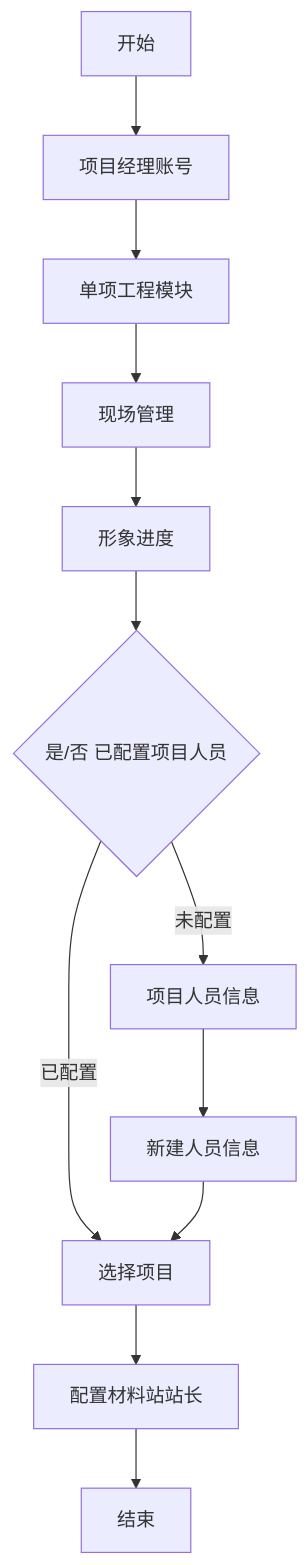
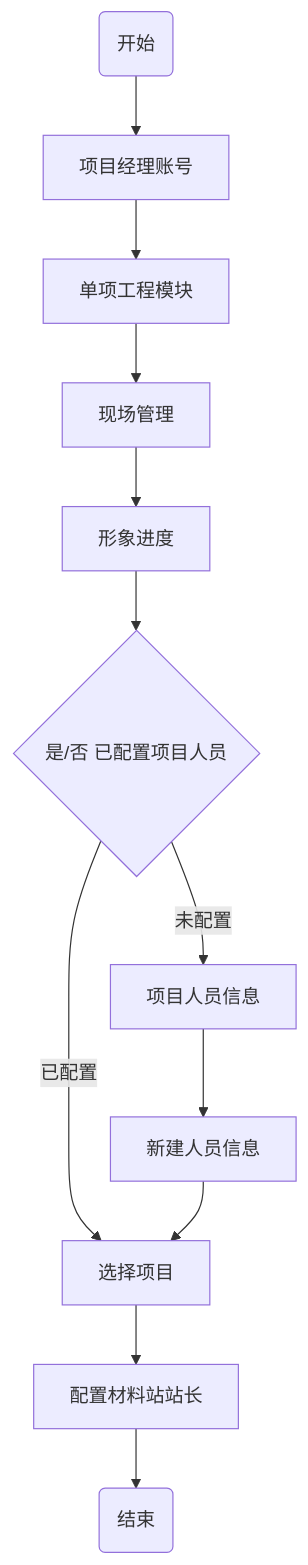
One commit to glaze-blue/zett-single-project changed the first of 8 diagrams in asset/单项工程现场装备全流程管理流程图.md. Above: the diagram before and after it, drawn with Mermaid. The commit also changed other lines of this file, not shown here.

````diff
--- a/asset/单项工程现场装备全流程管理流程图.md
+++ b/asset/单项工程现场装备全流程管理流程图.md
@@ -23,14 +23,15 @@
 ```mermaid
 graph TD
-    00[开始] --> A[项目经理账号]
+    00(开始) --> A[项目经理账号]
     A --> B[单项工程模块]
     B --> C[现场管理]
     C --> D[形象进度]
     D --> E{是/否 已配置项目人员}
     E -->|已配置| F[选择项目]
     E -->|未配置| G[项目人员信息]
     F --> H[配置材料站站长]
     G --> I[新建人员信息]
     I --> F
-    H --> J[结束]
+    H --> J(结束)
+
 ```
````
